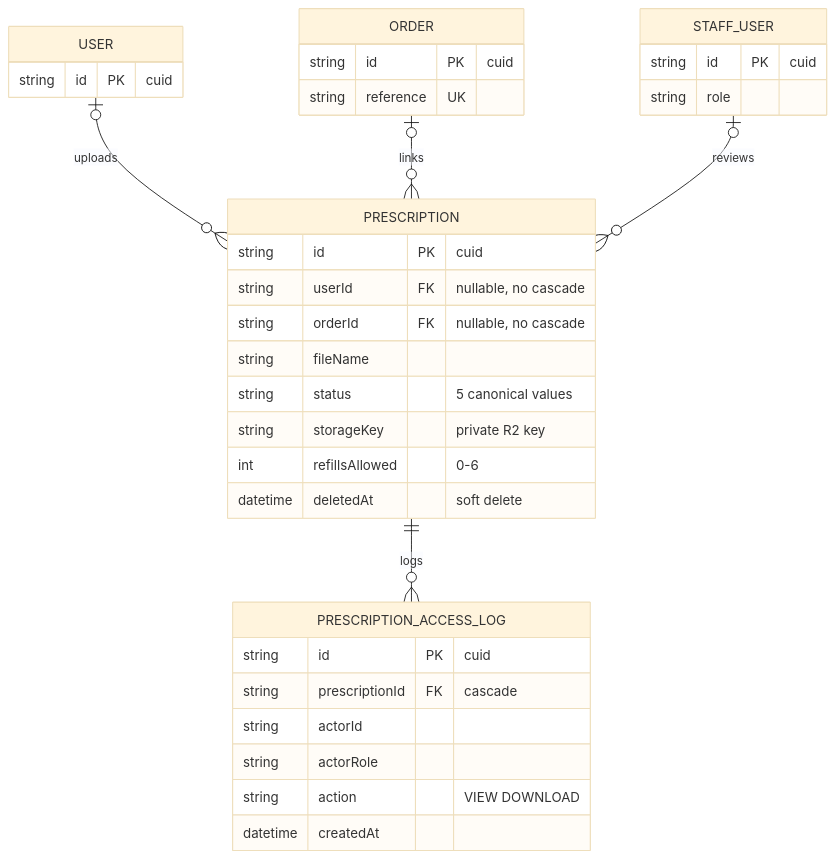
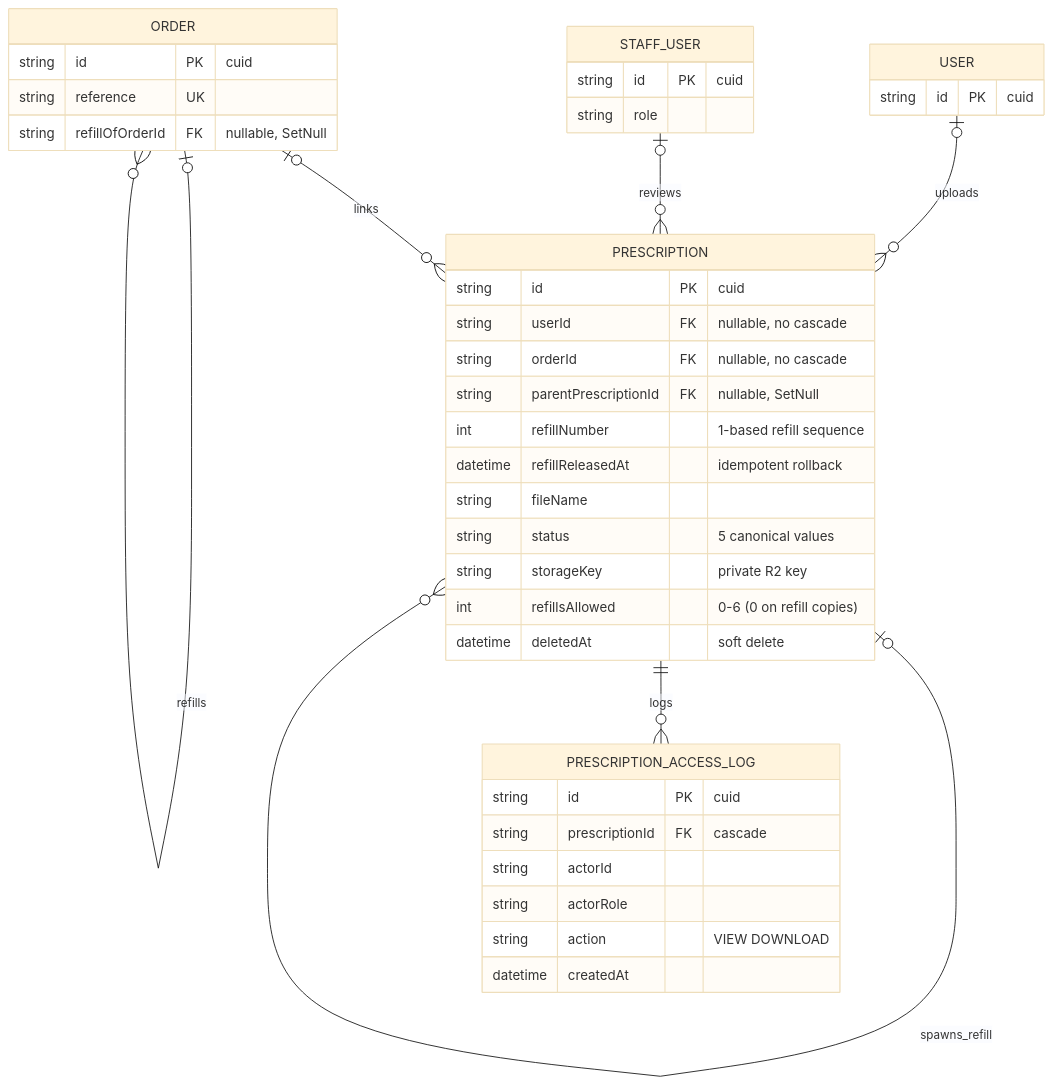
One commit to Elvinoacer/sphere_pharmacy changed the third of 8 diagrams in docs/database/entity-relationship-diagram.md. Above: the diagram before and after it, drawn with Mermaid (base theme). The commit also changed other lines of this file and 40 other files, not shown here.

````diff
--- a/docs/database/entity-relationship-diagram.md
+++ b/docs/database/entity-relationship-diagram.md
@@ -139,37 +139,43 @@
 ```mermaid
 erDiagram
     USER |o--o{ PRESCRIPTION : uploads
     ORDER |o--o{ PRESCRIPTION : links
+    ORDER |o--o{ ORDER : refills
+    PRESCRIPTION |o--o{ PRESCRIPTION : spawns_refill
     STAFF_USER |o--o{ PRESCRIPTION : reviews
     PRESCRIPTION ||--o{ PRESCRIPTION_ACCESS_LOG : logs
 
     PRESCRIPTION {
         string id PK "cuid"
         string userId FK "nullable, no cascade"
         string orderId FK "nullable, no cascade"
+        string parentPrescriptionId FK "nullable, SetNull"
+        int refillNumber "1-based refill sequence"
+        datetime refillReleasedAt "idempotent rollback"
         string fileName
         string status "5 canonical values"
         string storageKey "private R2 key"
-        int refillsAllowed "0-6"
+        int refillsAllowed "0-6 (0 on refill copies)"
         datetime deletedAt "soft delete"
     }
     PRESCRIPTION_ACCESS_LOG {
         string id PK "cuid"
         string prescriptionId FK "cascade"
         string actorId
         string actorRole
         string action "VIEW DOWNLOAD"
         datetime createdAt
     }
     USER {
         string id PK "cuid"
     }
     ORDER {
         string id PK "cuid"
         string reference UK
+        string refillOfOrderId FK "nullable, SetNull"
     }
     STAFF_USER {
         string id PK "cuid"
         string role
     }
 ```
````
